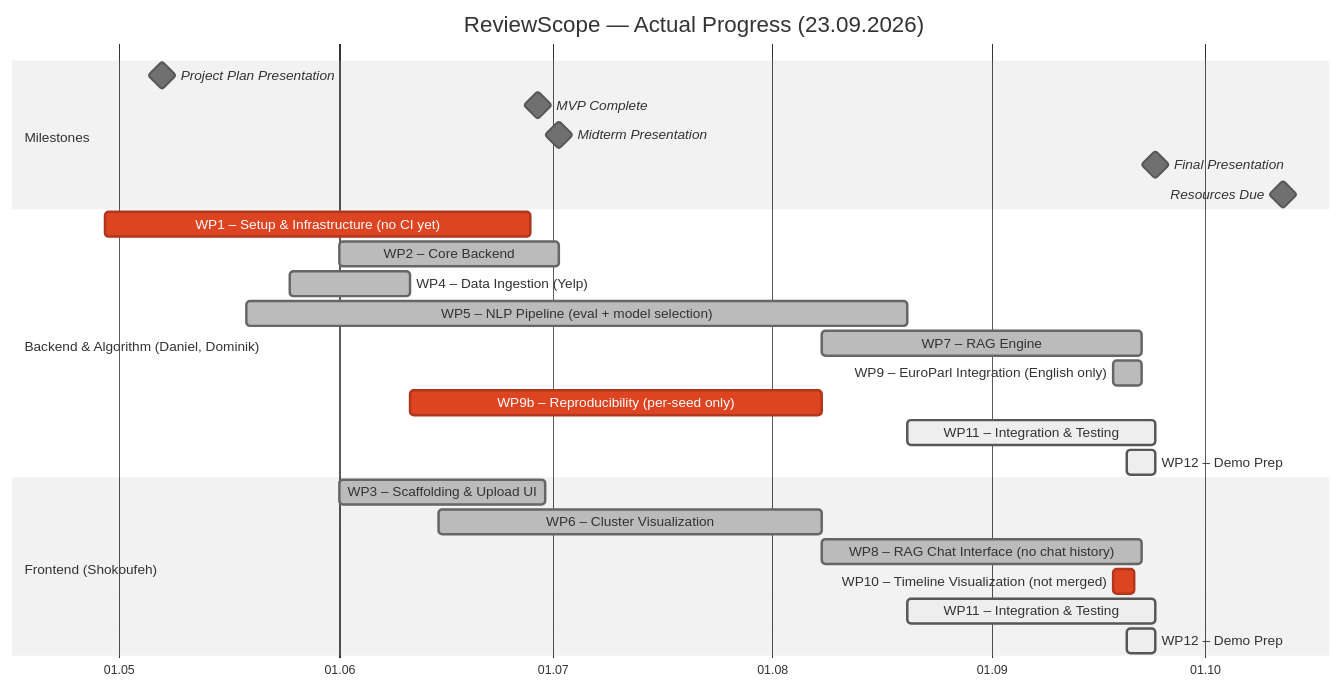
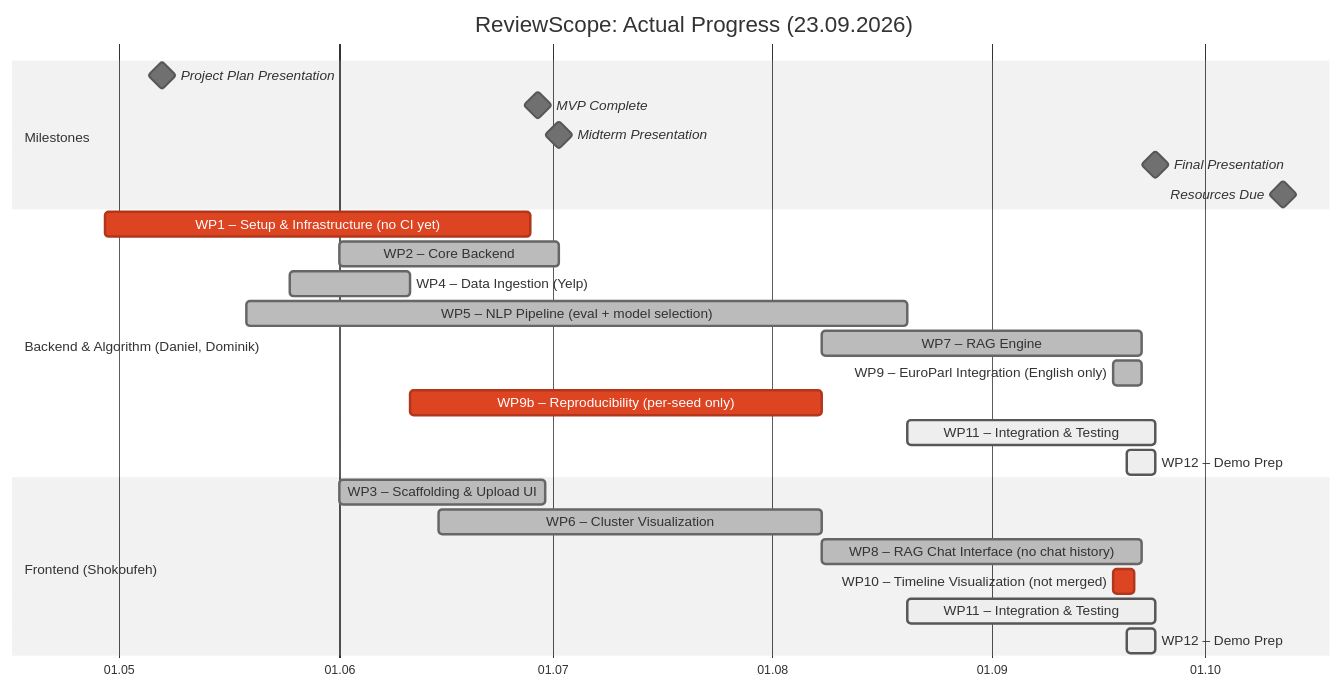
One commit to Doma1612/ReviewScope changed the second of 2 diagrams in docs/project-plan.md. Above: the diagram before and after it, drawn with Mermaid (neutral theme). The commit also changed other lines of this file and 39 other files, not shown here.

````diff
--- a/docs/project-plan.md
+++ b/docs/project-plan.md
@@ -82,32 +82,32 @@
 ```mermaid
 gantt
-    title ReviewScope — Actual Progress (23.09.2026)
+    title ReviewScope: Actual Progress (23.09.2026)
     dateFormat  YYYY-MM-DD
     axisFormat  %d.%m
 
     section Milestones
     Project Plan Presentation     :milestone, m1, 2026-05-07, 0d
     MVP Complete                  :milestone, m2, 2026-06-29, 0d
     Midterm Presentation          :milestone, m3, 2026-07-02, 0d
     Final Presentation            :milestone, m4, 2026-09-24, 0d
     Resources Due                 :milestone, m5, 2026-10-12, 0d
 
     section Backend & Algorithm (Daniel, Dominik)
     WP1 – Setup & Infrastructure (no CI yet)        :crit, wp1, 2026-04-29, 2026-06-28
     WP2 – Core Backend                              :done, wp2, 2026-06-01, 2026-07-02
     WP4 – Data Ingestion (Yelp)                     :done, wp4, 2026-05-25, 2026-06-11
     WP5 – NLP Pipeline (eval + model selection)     :done, wp5, 2026-05-19, 2026-08-20
     WP7 – RAG Engine                                :done, wp7, 2026-08-08, 2026-09-22
     WP9 – EuroParl Integration (English only)       :done, wp9, 2026-09-18, 2026-09-22
     WP9b – Reproducibility (per-seed only)          :crit, wp9b, 2026-06-11, 2026-08-08
     WP11 – Integration & Testing                    :active, wp11, 2026-08-20, 2026-09-24
     WP12 – Demo Prep                                :active, wp12, 2026-09-20, 2026-09-24
 
     section Frontend (Shokoufeh)
     WP3 – Scaffolding & Upload UI                   :done, wp3, 2026-06-01, 2026-06-30
     WP6 – Cluster Visualization                     :done, wp6, 2026-06-15, 2026-08-08
     WP8 – RAG Chat Interface (no chat history)      :done, wp8, 2026-08-08, 2026-09-22
     WP10 – Timeline Visualization (not merged)      :crit, wp10, 2026-09-18, 2026-09-21
     WP11 – Integration & Testing                    :active, wp11b, 2026-08-20, 2026-09-24
     WP12 – Demo Prep                                :active, wp12b, 2026-09-20, 2026-09-24
 ```
````
